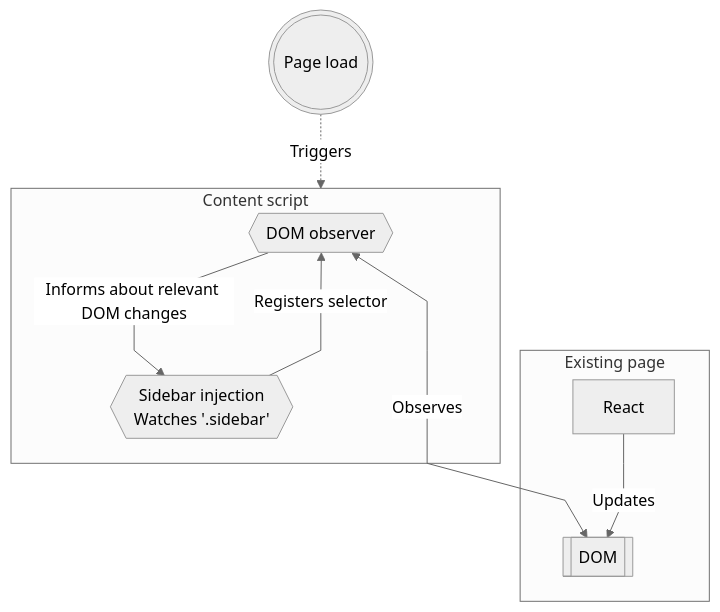
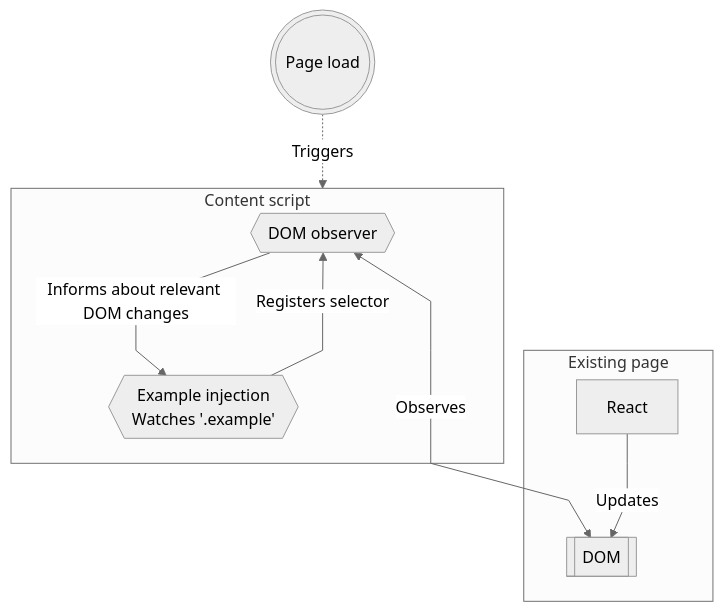
The diagram in 2023-05-30-extensions-in-a-spa-world/index.md (birjj/blog), drawn with Mermaid (neutral theme) before and after one commit. The commit also changed other lines of this file, not shown here.

````diff
--- a/2023-05-30-extensions-in-a-spa-world/index.md
+++ b/2023-05-30-extensions-in-a-spa-world/index.md
@@ -20,21 +20,21 @@
 ```mermaid
 %%{ init : { "flowchart" : { "curve" : "linear" } } }%%
 flowchart TD
     load(((Page load)))
 
     subgraph script [Content script]
         observer{{DOM observer}}
-        injection1{{"Sidebar injection\nWatches '.sidebar'"}}
+        injection1{{"Example injection\nWatches '.example'"}}
     end
 
     subgraph page [Existing page]
         dom[[DOM]]
         framework[React]
     end
 
     load -.->|Triggers| script
     observer -->|"Informs about relevant DOM changes"| injection1
     injection1 -->|"Registers selector"| observer
     observer <--->|Observes| dom
     framework -->|Updates| dom
 ```
````
